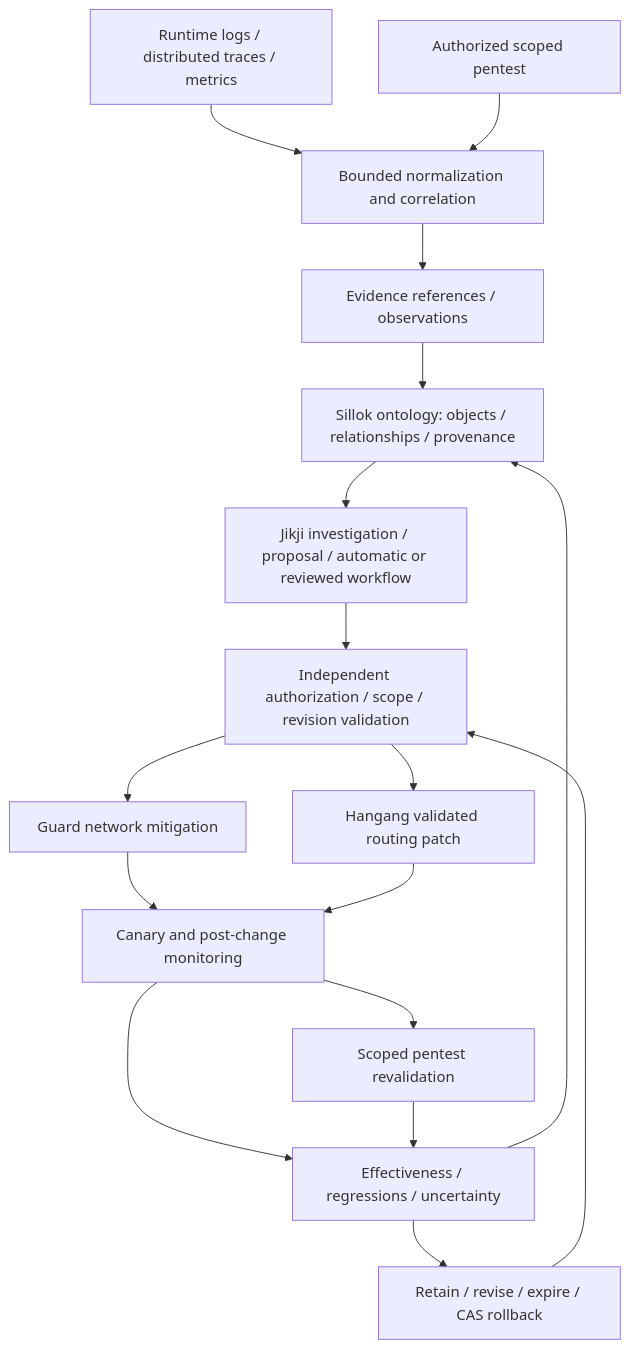
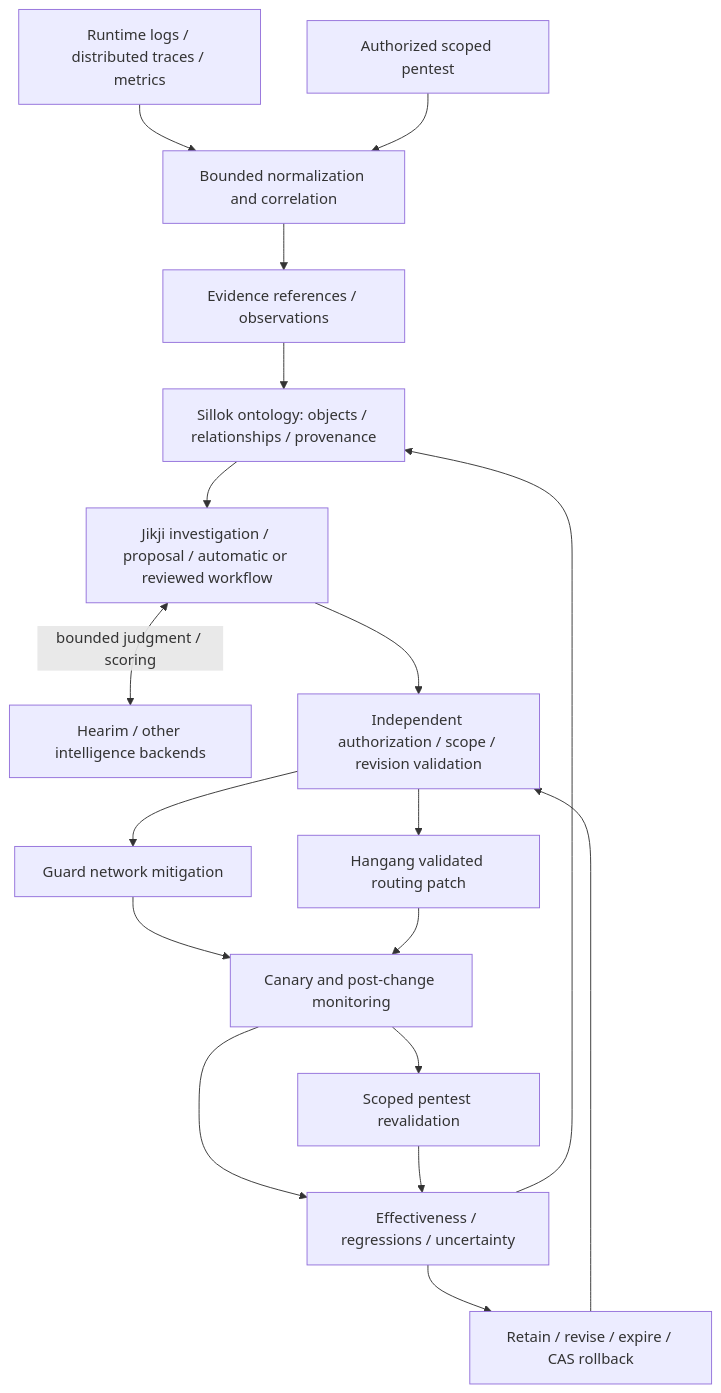
The diagram in docs/FEEDBACK_LOOP.md (ziozzang/hangang-zerotrust), drawn with Mermaid before and after one commit. The commit also changed other lines of this file and 9 other files, not shown here.

Commit message:
Add Hearim as a bounded judgment backend in zero trust diagrams

````diff
--- a/docs/FEEDBACK_LOOP.md
+++ b/docs/FEEDBACK_LOOP.md
@@ -11,17 +11,18 @@
 ```mermaid
 flowchart TB
   R[Runtime logs / distributed traces / metrics] --> N[Bounded normalization and correlation]
   P[Authorized scoped pentest] --> N
   N --> E[Evidence references / observations]
   E --> S[Sillok ontology: objects / relationships / provenance]
   S --> J[Jikji investigation / proposal / automatic or reviewed workflow]
+  J <-->|bounded judgment / scoring| HE[Hearim / other intelligence backends]
   J --> V[Independent authorization / scope / revision validation]
   V --> G[Guard network mitigation]
   V --> H[Hangang validated routing patch]
   G & H --> C[Canary and post-change monitoring]
   C --> T[Scoped pentest revalidation]
   C & T --> O[Effectiveness / regressions / uncertainty]
   O --> S
   O --> D[Retain / revise / expire / CAS rollback]
   D --> V
 ```
````
